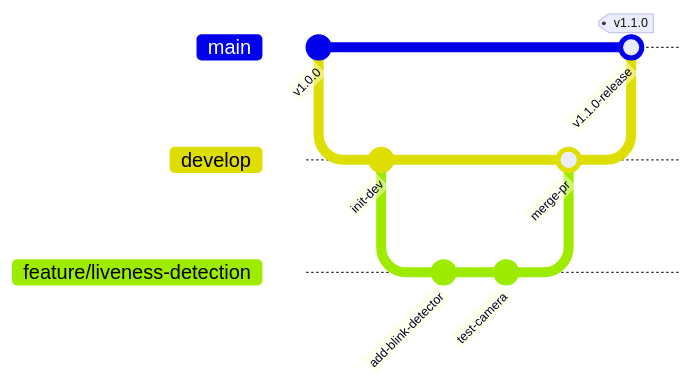
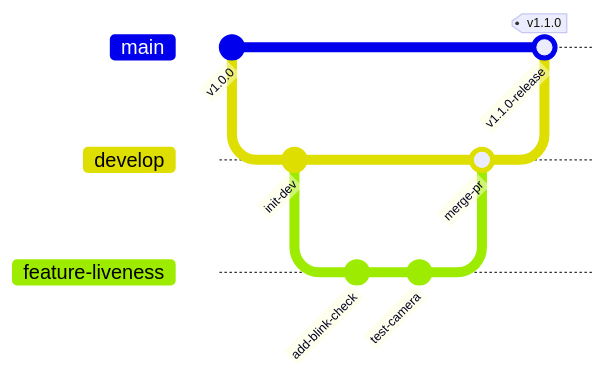
One commit to Abhiii8/AttendAi changed the fifth of 5 diagrams in README.md. Above: the diagram before and after it, drawn with Mermaid. The commit also changed other lines of this file, not shown here.

Commit message:
fix(docs): resolve Mermaid Gantt chart date format and sanitize diagram labels

````diff
--- a/README.md
+++ b/README.md
@@ -353,15 +353,15 @@
 ```mermaid
 gitGraph
     commit id: "v1.0.0"
     branch develop
     checkout develop
     commit id: "init-dev"
-    branch feature/liveness-detection
-    checkout feature/liveness-detection
-    commit id: "add-blink-detector"
+    branch feature-liveness
+    checkout feature-liveness
+    commit id: "add-blink-check"
     commit id: "test-camera"
     checkout develop
-    merge feature/liveness-detection id: "merge-pr"
+    merge feature-liveness id: "merge-pr"
     checkout main
     merge develop id: "v1.1.0-release" tag: "v1.1.0"
 ```
````
